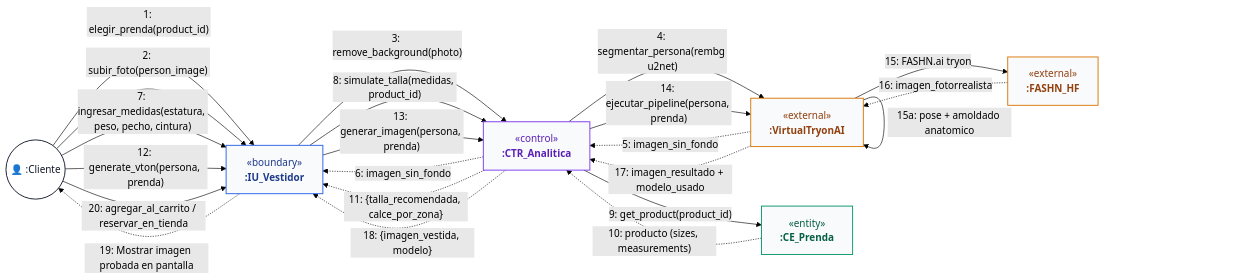
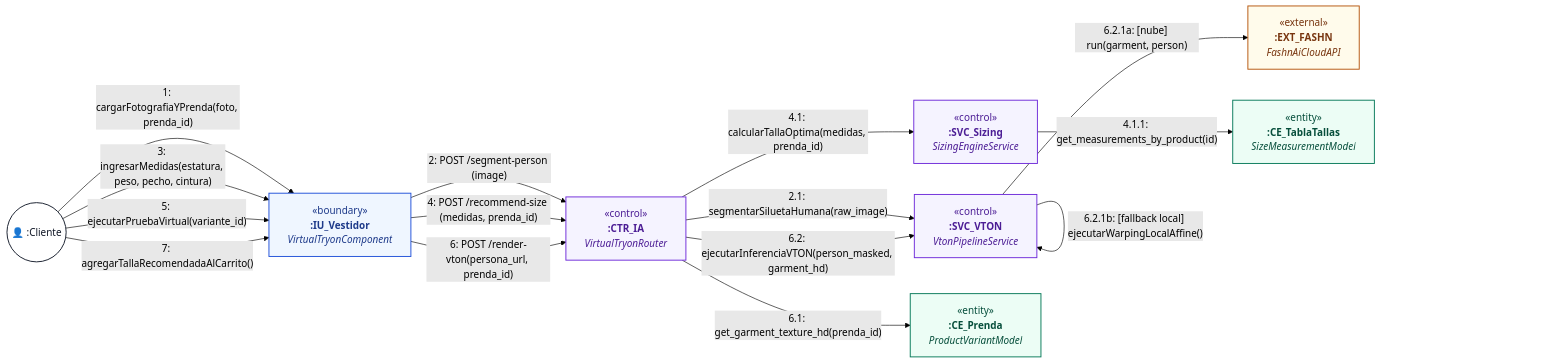
Diagram 32 of 40 in documentos/DOCUMENTACION_40_CASOS_DE_USO_DIAGRAMAS_COMUNICACION.md (jc-larry/ecommerce), drawn with Mermaid (forest theme) before and after one commit. The commit also changed other lines of this file and 18 other files, not shown here.

Commit message:
docs(uml): estandarizar diagramas de secuencia y comunicacion no genericos (CU10, CU18, CU19, CU26, CU32) y renderizar imagenes de alta resolucion

````diff
--- a/documentos/DOCUMENTACION_40_CASOS_DE_USO_DIAGRAMAS_COMUNICACION.md
+++ b/documentos/DOCUMENTACION_40_CASOS_DE_USO_DIAGRAMAS_COMUNICACION.md
@@ -1227,37 +1187,35 @@
 ```mermaid
 flowchart LR
     classDef actorStyle fill:#ffffff,stroke:#111827,stroke-width:1.5px,color:#111827;
-    classDef boundaryStyle fill:#f9fafb,stroke:#2563eb,stroke-width:1.5px,color:#1e3a8a;
-    classDef controlStyle fill:#f9fafb,stroke:#7c3aed,stroke-width:1.5px,color:#5b21b6;
-    classDef entityStyle fill:#f9fafb,stroke:#059669,stroke-width:1.5px,color:#065f46;
-    classDef externalStyle fill:#f9fafb,stroke:#d97706,stroke-width:1.5px,color:#92400e;
+    classDef boundaryStyle fill:#eff6ff,stroke:#1d4ed8,stroke-width:1.5px,color:#1e3a8a;
+    classDef controlStyle fill:#f5f3ff,stroke:#6d28d9,stroke-width:1.5px,color:#4c1d95;
+    classDef entityStyle fill:#ecfdf5,stroke:#047857,stroke-width:1.5px,color:#064e3b;
+    classDef externalStyle fill:#fffbeb,stroke:#b45309,stroke-width:1.5px,color:#78350f;
 
     C(("👤 :Cliente")):::actorStyle
-    IU["&laquo;boundary&raquo;<br/><b>:IU_Vestidor</b>"]:::boundaryStyle
-    CTR["&laquo;control&raquo;<br/><b>:CTR_Analitica</b>"]:::controlStyle
-    VTON["&laquo;external&raquo;<br/><b>:VirtualTryonAI</b>"]:::externalStyle
-    HF["&laquo;external&raquo;<br/><b>:FASHN_HF</b>"]:::externalStyle
-    CE_P["&laquo;entity&raquo;<br/><b>:CE_Prenda</b>"]:::entityStyle
+    IU["&laquo;boundary&raquo;<br/><b>:IU_Vestidor</b><br/><i>VirtualTryonComponent</i>"]:::boundaryStyle
+    CTR["&laquo;control&raquo;<br/><b>:CTR_IA</b><br/><i>VirtualTryonRouter</i>"]:::controlStyle
+    SVC_SIZE["&laquo;control&raquo;<br/><b>:SVC_Sizing</b><br/><i>SizingEngineService</i>"]:::controlStyle
+    SVC_VTON["&laquo;control&raquo;<br/><b>:SVC_VTON</b><br/><i>VtonPipelineService</i>"]:::controlStyle
+    EXT_HF["&laquo;external&raquo;<br/><b>:EXT_FASHN</b><br/><i>FashnAiCloudAPI</i>"]:::externalStyle
+    CE_P["&laquo;entity&raquo;<br/><b>:CE_Prenda</b><br/><i>ProductVariantModel</i>"]:::entityStyle
+    CE_M["&laquo;entity&raquo;<br/><b>:CE_TablaTallas</b><br/><i>SizeMeasurementModel</i>"]:::entityStyle
 
-    C -- "1: elegir_prenda(product_id)" --> IU
-    C -- "2: subir_foto(person_image)" --> IU
-    IU -- "3: remove_background(photo)" --> CTR
-    CTR -- "4: segmentar_persona(rembg u2net)" --> VTON
-    VTON -. "5: imagen_sin_fondo" .-> CTR
-    CTR -. "6: imagen_sin_fondo" .-> IU
-    C -- "7: ingresar_medidas(estatura, peso, pecho, cintura)" --> IU
-    IU -- "8: simulate_talla(medidas, product_id)" --> CTR
-    CTR -- "9: get_product(product_id)" --> CE_P
-    CE_P -. "10: producto (sizes, measurements)" .-> CTR
-    CTR -. "11: {talla_recomendada, calce_por_zona}" .-> IU
-    C -- "12: generate_vton(persona, prenda)" --> IU
-    IU -- "13: generar_imagen(persona, prenda)" --> CTR
-    CTR -- "14: ejecutar_pipeline(persona, prenda)" --> VTON
-    VTON -- "15: FASHN.ai tryon" --> HF
-    HF -. "16: imagen_fotorrealista" .-> VTON
-    VTON -- "15a: pose + amoldado anatomico" --> VTON
-    VTON -. "17: imagen_resultado + modelo_usado" .-> CTR
-    CTR -. "18: {imagen_vestida, modelo}" .-> IU
-    IU -. "19: Mostrar imagen probada en pantalla" .-> C
-    C -- "20: agregar_al_carrito / reservar_en_tienda" --> IU
+    C -- "1: cargarFotografiaYPrenda(foto, prenda_id)" --> IU
+    IU -- "2: POST /segment-person (image)" --> CTR
+    CTR -- "2.1: segmentarSiluetaHumana(raw_image)" --> SVC_VTON
+    
+    C -- "3: ingresarMedidas(estatura, peso, pecho, cintura)" --> IU
+    IU -- "4: POST /recommend-size (medidas, prenda_id)" --> CTR
+    CTR -- "4.1: calcularTallaOptima(medidas, prenda_id)" --> SVC_SIZE
+    SVC_SIZE -- "4.1.1: get_measurements_by_product(id)" --> CE_M
+    
+    C -- "5: ejecutarPruebaVirtual(variante_id)" --> IU
+    IU -- "6: POST /render-vton(persona_url, prenda_id)" --> CTR
+    CTR -- "6.1: get_garment_texture_hd(prenda_id)" --> CE_P
+    CTR -- "6.2: ejecutarInferenciaVTON(person_masked, garment_hd)" --> SVC_VTON
+    SVC_VTON -- "6.2.1a: [nube] run(garment, person)" --> EXT_HF
+    SVC_VTON -- "6.2.1b: [fallback local] ejecutarWarpingLocalAffine()" --> SVC_VTON
+    
+    C -- "7: agregarTallaRecomendadaAlCarrito()" --> IU
 ```
````
